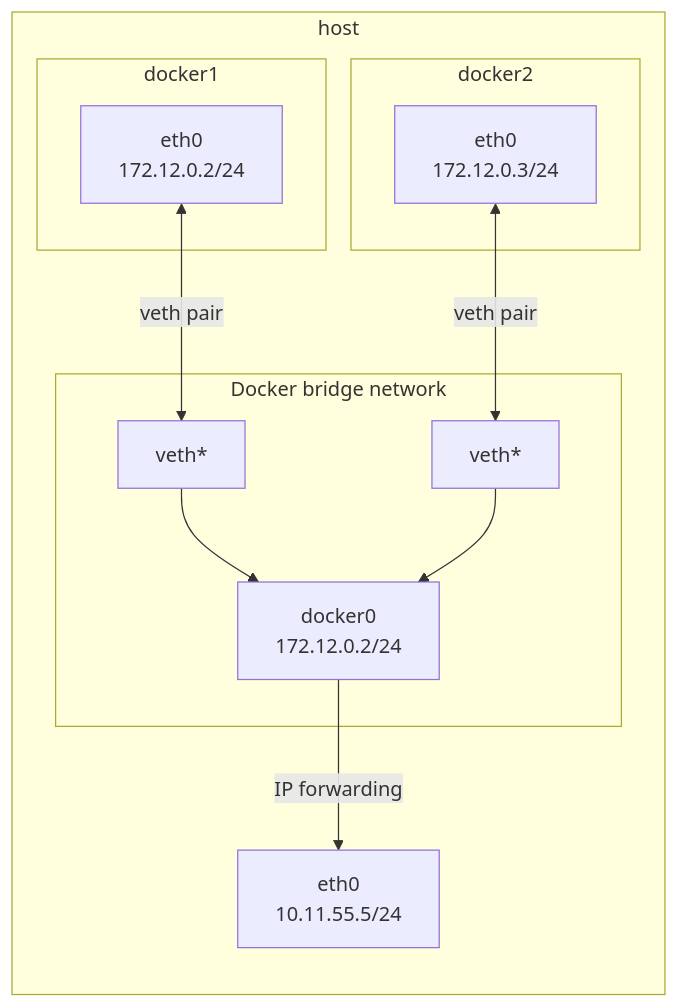
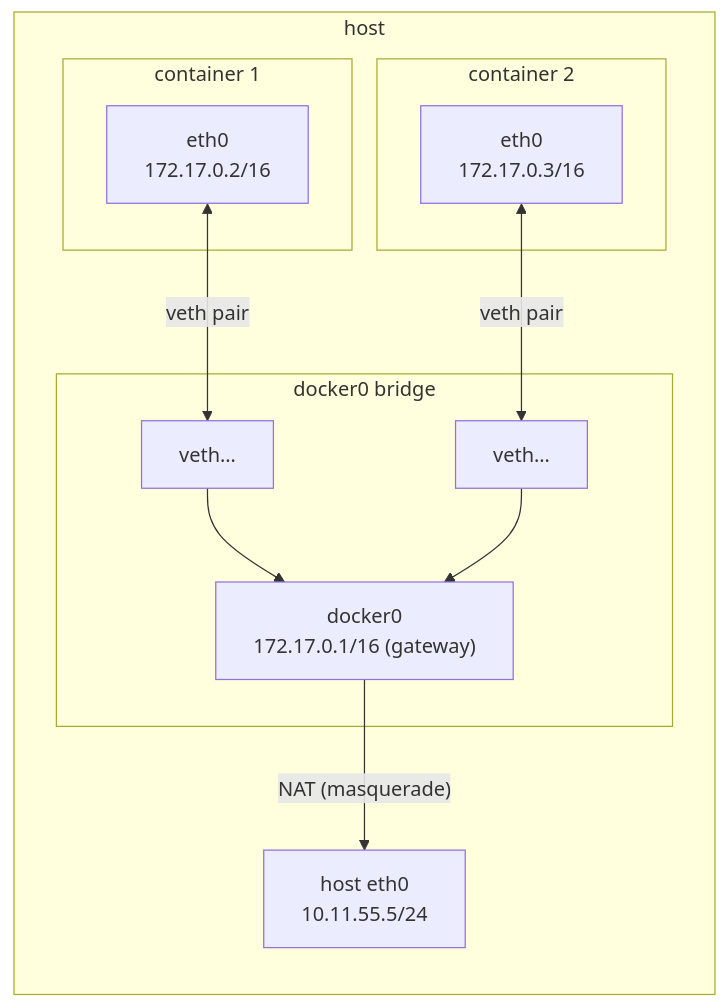
The first of 5 diagrams in _posts/2025-07-14-chapter-1-8-docker-network.md (e-choness/portfolio-site), drawn with Mermaid before and after one commit. The commit also changed other lines of this file and 72 other files, not shown here.

````diff
--- a/_posts/2025-07-14-chapter-1-8-docker-network.md
+++ b/_posts/2025-07-14-chapter-1-8-docker-network.md
@@ -35,31 +26,23 @@
 ```mermaid
 flowchart TB
-
     subgraph HOST["host"]
         direction TB
-
-        subgraph D1["docker1"]
-            D1ETH["eth0<br/>172.12.0.2/24"]
+        subgraph D1["container 1"]
+            D1ETH["eth0<br/>172.17.0.2/16"]
         end
-
-        subgraph D2["docker2"]
-            D2ETH["eth0<br/>172.12.0.3/24"]
+        subgraph D2["container 2"]
+            D2ETH["eth0<br/>172.17.0.3/16"]
         end
-
-        subgraph NET["Docker bridge network"]
-            V1["veth*"]
-            V2["veth*"]
-            DOCKER0["docker0<br/>172.12.0.2/24"]
+        subgraph NET["docker0 bridge"]
+            V1["veth…"]
+            V2["veth…"]
+            DOCKER0["docker0<br/>172.17.0.1/16 (gateway)"]
         end
-
-        ETH0["eth0<br/>10.11.55.5/24"]
-
+        ETH0["host eth0<br/>10.11.55.5/24"]
         D1ETH <-->|"veth pair"| V1
         D2ETH <-->|"veth pair"| V2
-
         V1 --> DOCKER0
         V2 --> DOCKER0
-
-        DOCKER0 -->|"IP forwarding"| ETH0
+        DOCKER0 -->|"NAT (masquerade)"| ETH0
     end
 ```
````
